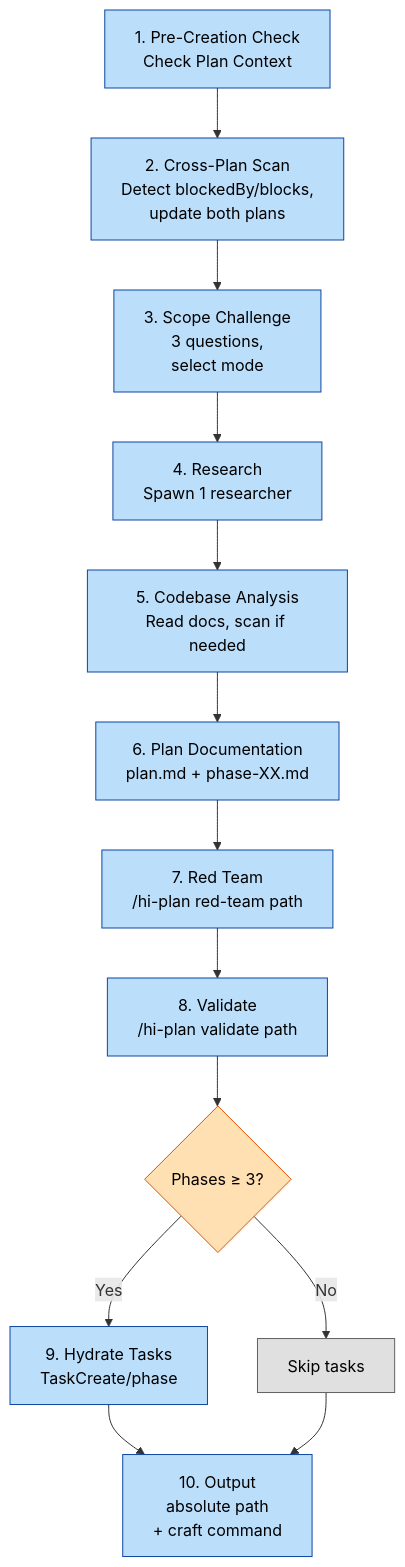
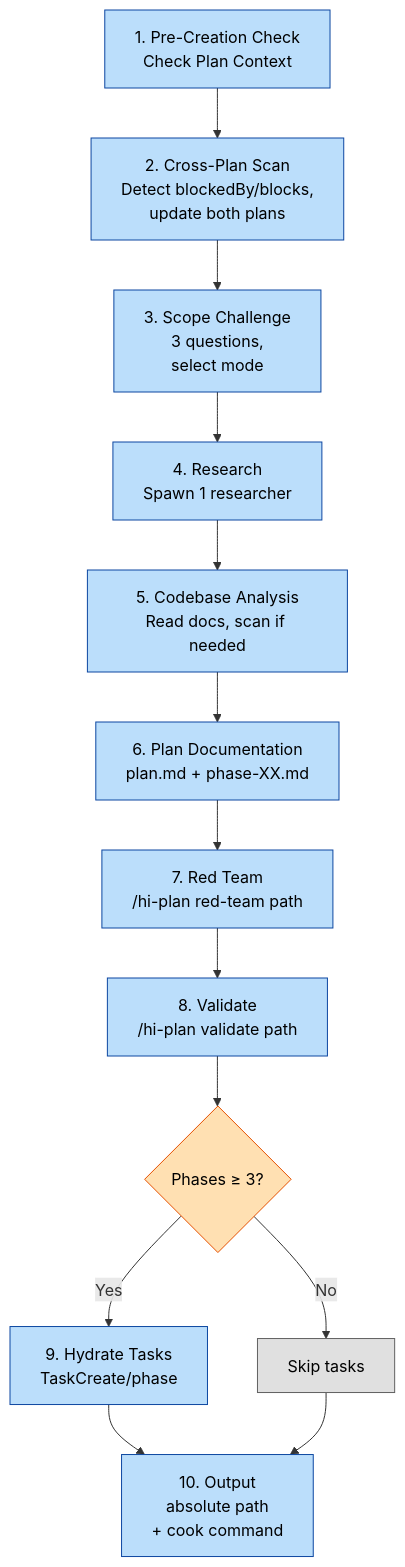
One commit to baka3k/dev-kit changed the fifth of 7 diagrams in devkit.md. Above: the diagram before and after it, drawn with Mermaid. The commit also changed other lines of this file and 27 other files, not shown here.

````diff
--- a/devkit.md
+++ b/devkit.md
@@ -135,23 +135,23 @@
 ```mermaid
 graph TD
     A[1. Pre-Creation Check<br/>Check Plan Context] --> B[2. Cross-Plan Scan<br/>Detect blockedBy/blocks,<br/>update both plans]
     B --> C[3. Scope Challenge<br/>3 questions,<br/>select mode]
     C --> D[4. Research<br/>Spawn 1 researcher]
     D --> E[5. Codebase Analysis<br/>Read docs, scan if needed]
     E --> F[6. Plan Documentation<br/>plan.md + phase-XX.md]
     F --> G[7. Red Team<br/>/hi-plan red-team path]
     G --> H[8. Validate<br/>/hi-plan validate path]
     H --> I{Phases ≥ 3?}
     I -->|Yes| J[9. Hydrate Tasks<br/>TaskCreate/phase]
     I -->|No| K[Skip tasks]
-    J --> L[10. Output<br/>absolute path<br/>+ craft command]
+    J --> L[10. Output<br/>absolute path<br/>+ cook command]
     K --> L
 
     classDef step fill:#bbdefb,stroke:#0d47a1,color:#000
     classDef skip fill:#e0e0e0,stroke:#616161,color:#000
     classDef gate fill:#ffe0b2,stroke:#e65100,color:#000
     class A,B,C,D,E,F,G,H,J,L step
     class K skip
     class I gate
 
 ```
````
